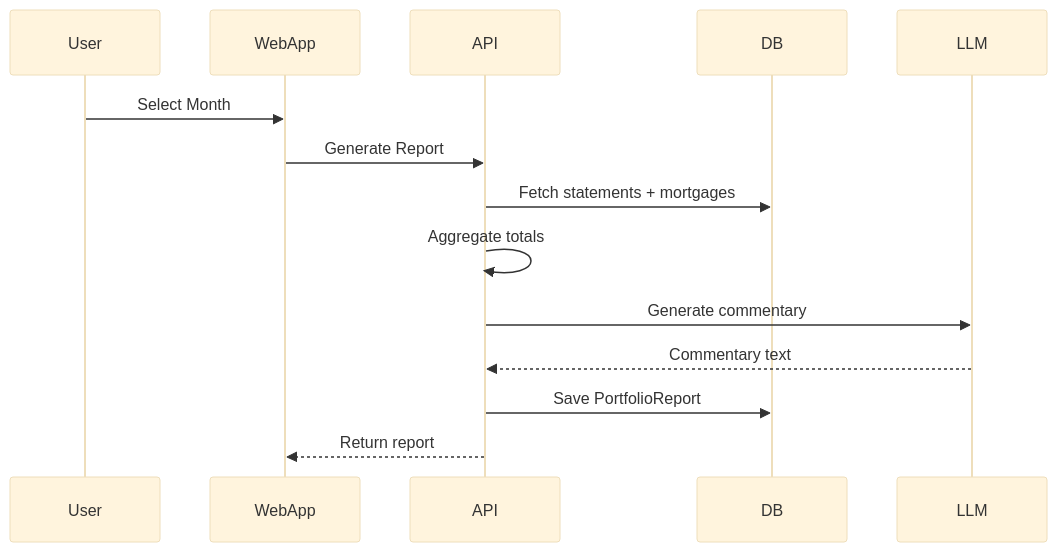
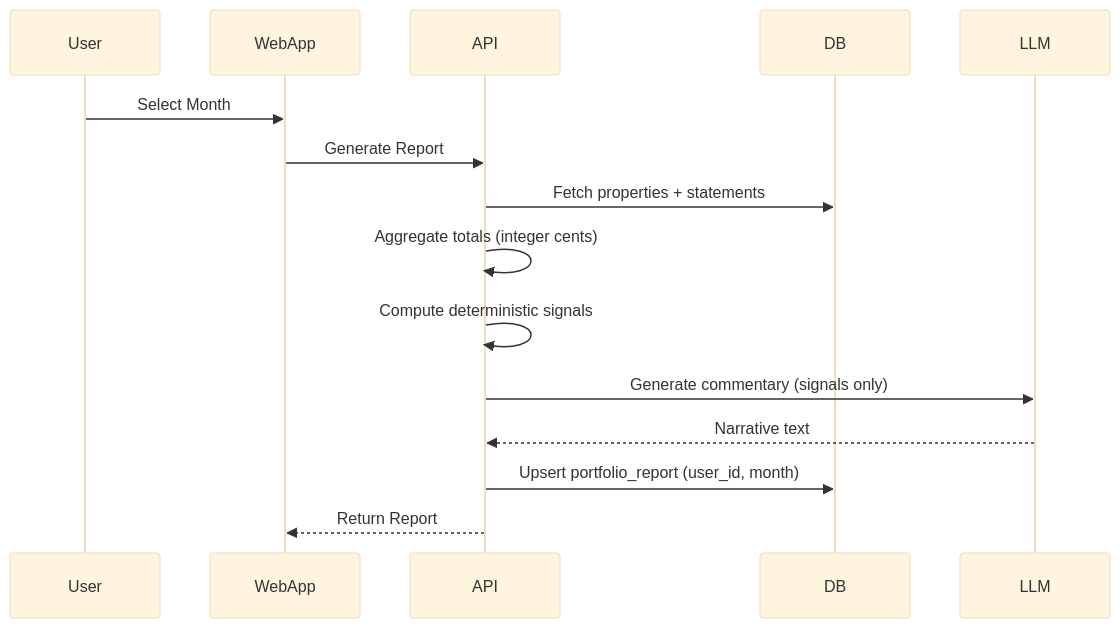
Before and after one commit to TheodoreChuang/rei-portfolio-system: the second of 2 diagrams in docs/tsd.md, drawn with Mermaid (base theme). The commit also changed other lines of this file, not shown here.

````diff
--- a/docs/tsd.md
+++ b/docs/tsd.md
@@ -110,17 +129,21 @@
 ```mermaid
 sequenceDiagram
     participant User
     participant WebApp
     participant API
     participant DB
     participant LLM
 
     User->>WebApp: Select Month
     WebApp->>API: Generate Report
-    API->>DB: Fetch statements + mortgages
-    API->>API: Aggregate totals
-    API->>LLM: Generate commentary
-    LLM-->>API: Commentary text
-    API->>DB: Save PortfolioReport
-    API-->>WebApp: Return report
+
+    API->>DB: Fetch properties + statements
+    API->>API: Aggregate totals (integer cents)
+    API->>API: Compute deterministic signals
+
+    API->>LLM: Generate commentary (signals only)
+    LLM-->>API: Narrative text
+
+    API->>DB: Upsert portfolio_report (user_id, month)
+    API-->>WebApp: Return Report
 ```
````
